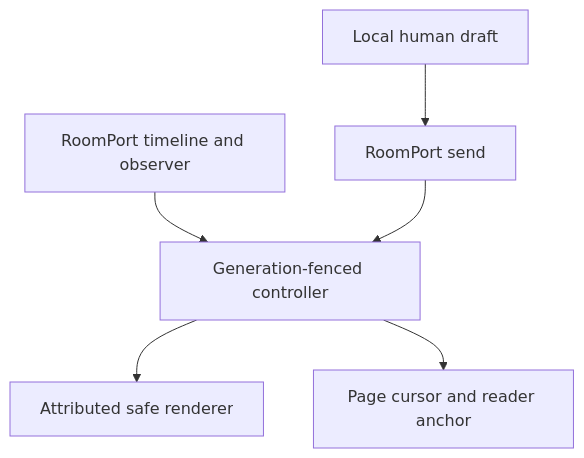
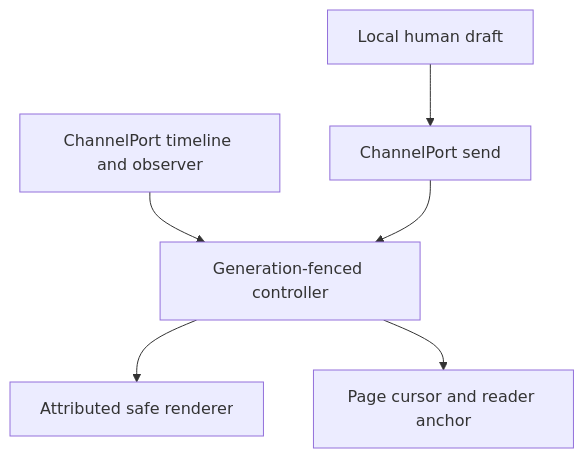
The diagram in docs/plans/2026-09-16-kha-123-attributed-live-timeline.md (aiur-team/khala), drawn with Mermaid before and after one commit. The commit also changed other lines of this file and 211 other files, not shown here.

````diff
--- a/docs/plans/2026-09-16-kha-123-attributed-live-timeline.md
+++ b/docs/plans/2026-09-16-kha-123-attributed-live-timeline.md
@@ -94,8 +94,8 @@
 ```mermaid
 flowchart TB
-  SDK[RoomPort timeline and observer] --> C[Generation-fenced controller]
+  SDK[ChannelPort timeline and observer] --> C[Generation-fenced controller]
   C --> R[Attributed safe renderer]
   C --> P[Page cursor and reader anchor]
-  D[Local human draft] --> S[RoomPort send]
+  D[Local human draft] --> S[ChannelPort send]
   S --> C
 ```
````
